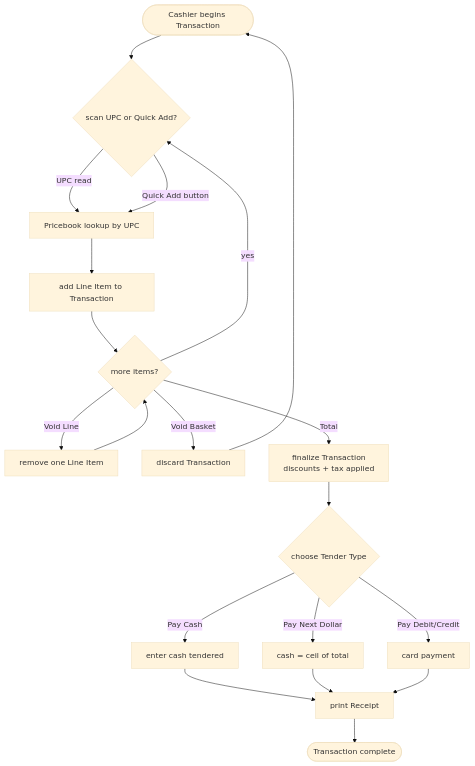
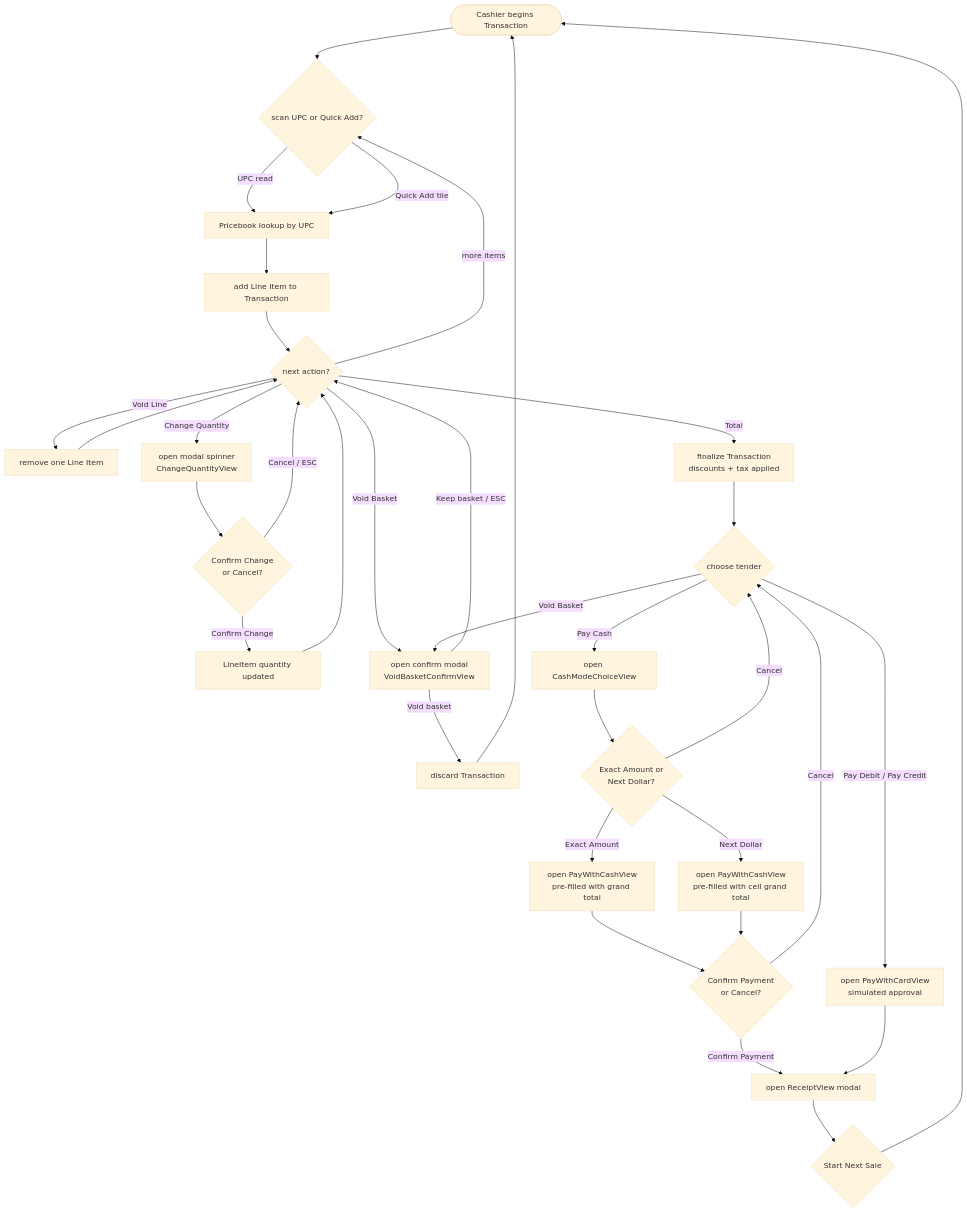
The second of 2 diagrams in docs/Phase 1/user-flow.md (rhuel-laurente-rp/rocketpartners-pos), drawn with Mermaid (base theme) before and after one commit. The commit also changed other lines of this file and 47 other files, not shown here.

````diff
--- a/docs/Phase 1/user-flow.md
+++ b/docs/Phase 1/user-flow.md
@@ -45,21 +47,32 @@
 ```mermaid
 flowchart TD
     Start([Cashier begins Transaction]) --> Scan{scan UPC or Quick Add?}
     Scan -->|UPC read| Lookup[Pricebook lookup by UPC]
-    Scan -->|Quick Add button| Lookup
+    Scan -->|Quick Add tile| Lookup
     Lookup --> Add[add Line Item to Transaction]
-    Add --> More{more items?}
-    More -->|yes| Scan
-    More -->|Void Line| VL[remove one Line Item]
-    VL --> More
-    More -->|Void Basket| VB[discard Transaction] --> Start
+    Add --> More{next action?}
+    More -->|more items| Scan
+    More -->|Void Line| VL[remove one Line Item] --> More
+    More -->|Change Quantity| CQ[open modal spinner<br/>ChangeQuantityView] --> CQchoose{Confirm Change<br/>or Cancel?}
+    CQchoose -->|Cancel / ESC| More
+    CQchoose -->|Confirm Change| CQdone[LineItem quantity updated] --> More
+    More -->|Void Basket| VBprompt[open confirm modal<br/>VoidBasketConfirmView]
+    VBprompt -->|Keep basket / ESC| More
+    VBprompt -->|Void basket| VB[discard Transaction] --> Start
     More -->|Total| Total[finalize Transaction<br/>discounts + tax applied]
-    Total --> Tender{choose Tender Type}
-    Tender -->|Pay Cash| Cash[enter cash tendered]
-    Tender -->|Pay Next Dollar| Next[cash = ceil of total]
-    Tender -->|Pay Debit/Credit| Card[card payment]
-    Cash --> Receipt[print Receipt]
-    Next --> Receipt
-    Card --> Receipt
-    Receipt --> End([Transaction complete])
+    Total --> Tchoose{choose tender}
+    Tchoose -->|Void Basket| VBprompt
+    Tchoose -->|Pay Cash| CashMode[open CashModeChoiceView]
+    Tchoose -->|Pay Debit / Pay Credit| Card[open PayWithCardView<br/>simulated approval]
+    CashMode --> CashChoose{Exact Amount or<br/>Next Dollar?}
+    CashChoose -->|Exact Amount| CashEnter[open PayWithCashView<br/>pre-filled with grand total]
+    CashChoose -->|Next Dollar| CashEnter2[open PayWithCashView<br/>pre-filled with ceil grand total]
+    CashChoose -->|Cancel| Tchoose
+    CashEnter --> CashConfirm{Confirm Payment<br/>or Cancel?}
+    CashEnter2 --> CashConfirm
+    CashConfirm -->|Cancel| Tchoose
+    CashConfirm -->|Confirm Payment| Receipt
+    Card --> Receipt[open ReceiptView modal]
+    Receipt --> RcpDismiss{Start Next Sale}
+    RcpDismiss --> Start
 ```
````
